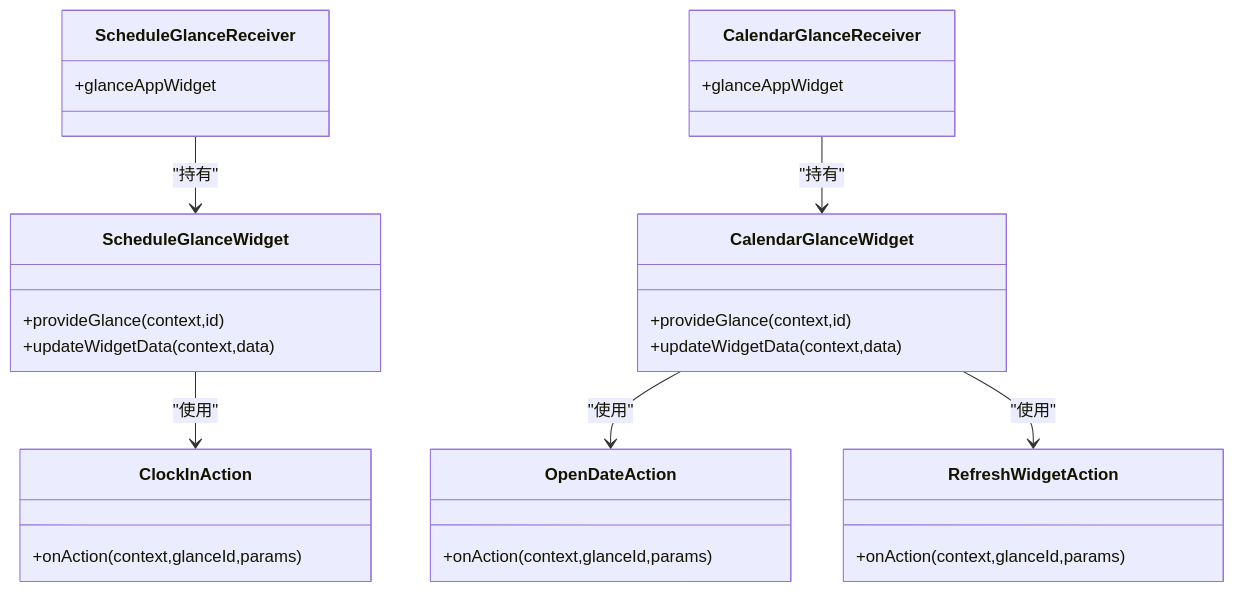
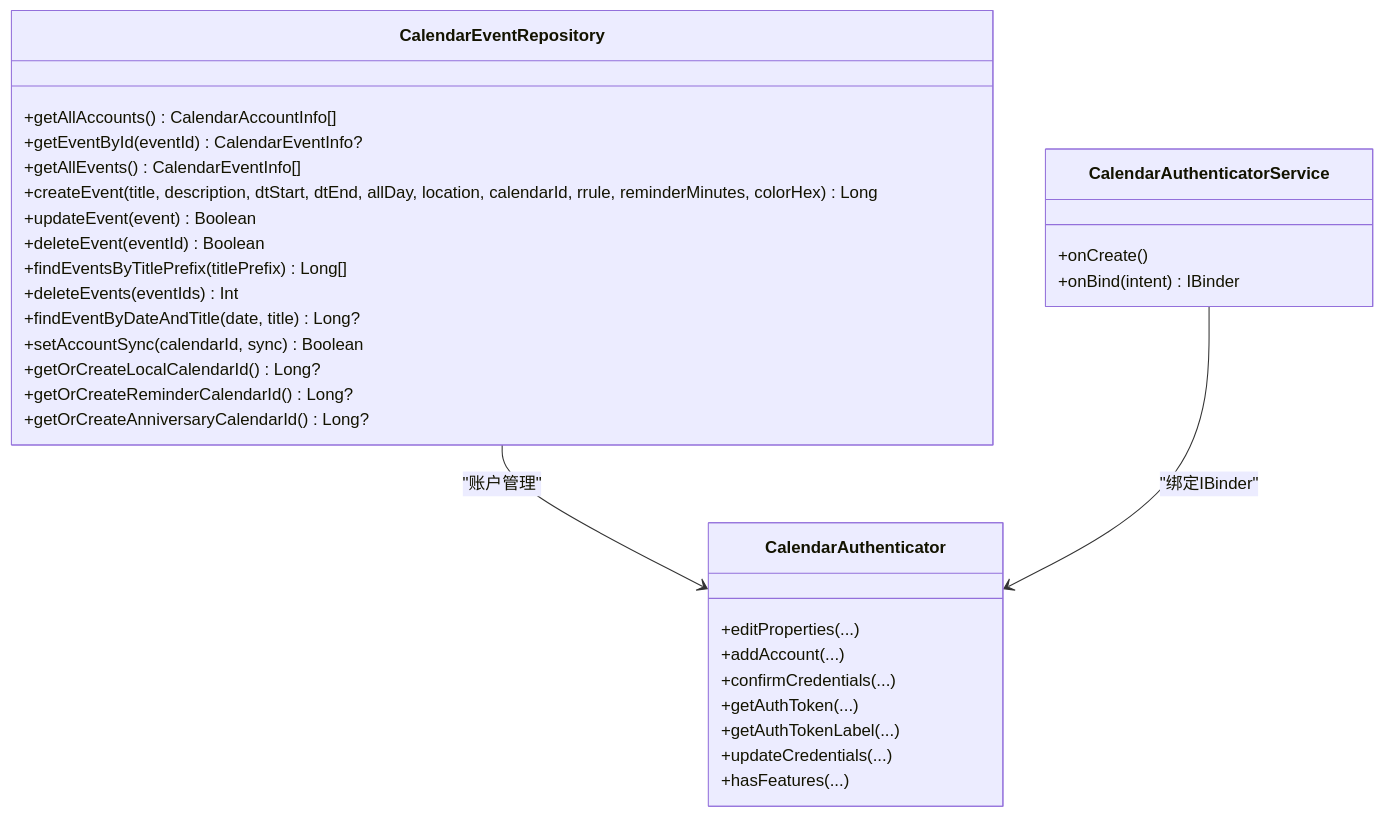
The third of 7 diagrams in .qoder/repowiki/zh/content/系统集成/系统集成.md (xiaobai860/paibanrili), drawn with Mermaid before and after one commit. The commit also changed other lines of this file and 245 other files, not shown here.

````diff
--- a/.qoder/repowiki/zh/content/系统集成/系统集成.md
+++ b/.qoder/repowiki/zh/content/系统集成/系统集成.md
@@ -160,31 +144,33 @@
 ```mermaid
 classDiagram
-class ScheduleGlanceWidget {
-+provideGlance(context,id)
-+updateWidgetData(context,data)
+class CalendarEventRepository {
++getAllAccounts() CalendarAccountInfo[]
++getEventById(eventId) CalendarEventInfo?
++getAllEvents() CalendarEventInfo[]
++createEvent(title, description, dtStart, dtEnd, allDay, location, calendarId, rrule, reminderMinutes, colorHex) Long
++updateEvent(event) Boolean
++deleteEvent(eventId) Boolean
++findEventsByTitlePrefix(titlePrefix) Long[]
++deleteEvents(eventIds) Int
++findEventByDateAndTitle(date, title) Long?
++setAccountSync(calendarId, sync) Boolean
++getOrCreateLocalCalendarId() Long?
++getOrCreateReminderCalendarId() Long?
++getOrCreateAnniversaryCalendarId() Long?
 }
-class CalendarGlanceWidget {
-+provideGlance(context,id)
-+updateWidgetData(context,data)
+class CalendarAuthenticator {
++editProperties(...)
++addAccount(...)
++confirmCredentials(...)
++getAuthToken(...)
++getAuthTokenLabel(...)
++updateCredentials(...)
++hasFeatures(...)
 }
-class ScheduleGlanceReceiver {
-+glanceAppWidget
+class CalendarAuthenticatorService {
++onCreate()
++onBind(intent) IBinder
 }
-class CalendarGlanceReceiver {
-+glanceAppWidget
-}
-class ClockInAction {
-+onAction(context,glanceId,params)
-}
-class OpenDateAction {
-+onAction(context,glanceId,params)
-}
-class RefreshWidgetAction {
-+onAction(context,glanceId,params)
-}
-ScheduleGlanceReceiver --> ScheduleGlanceWidget : "持有"
-CalendarGlanceReceiver --> CalendarGlanceWidget : "持有"
-ScheduleGlanceWidget --> ClockInAction : "使用"
-CalendarGlanceWidget --> OpenDateAction : "使用"
-CalendarGlanceWidget --> RefreshWidgetAction : "使用"
+CalendarEventRepository --> CalendarAuthenticator : "账户管理"
+CalendarAuthenticatorService --> CalendarAuthenticator : "绑定IBinder"
 ```
````
